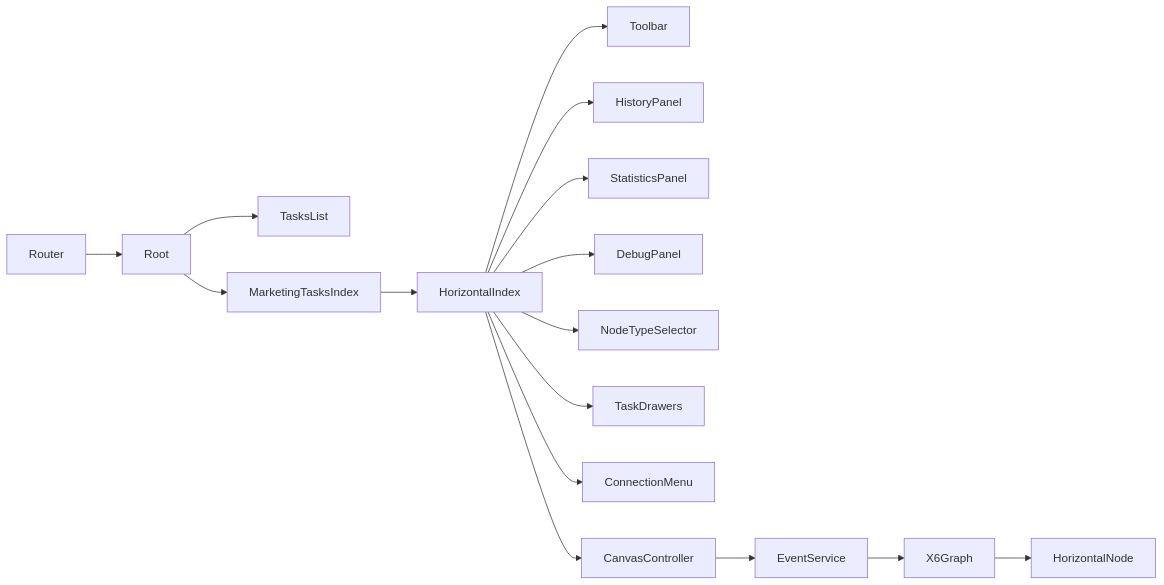
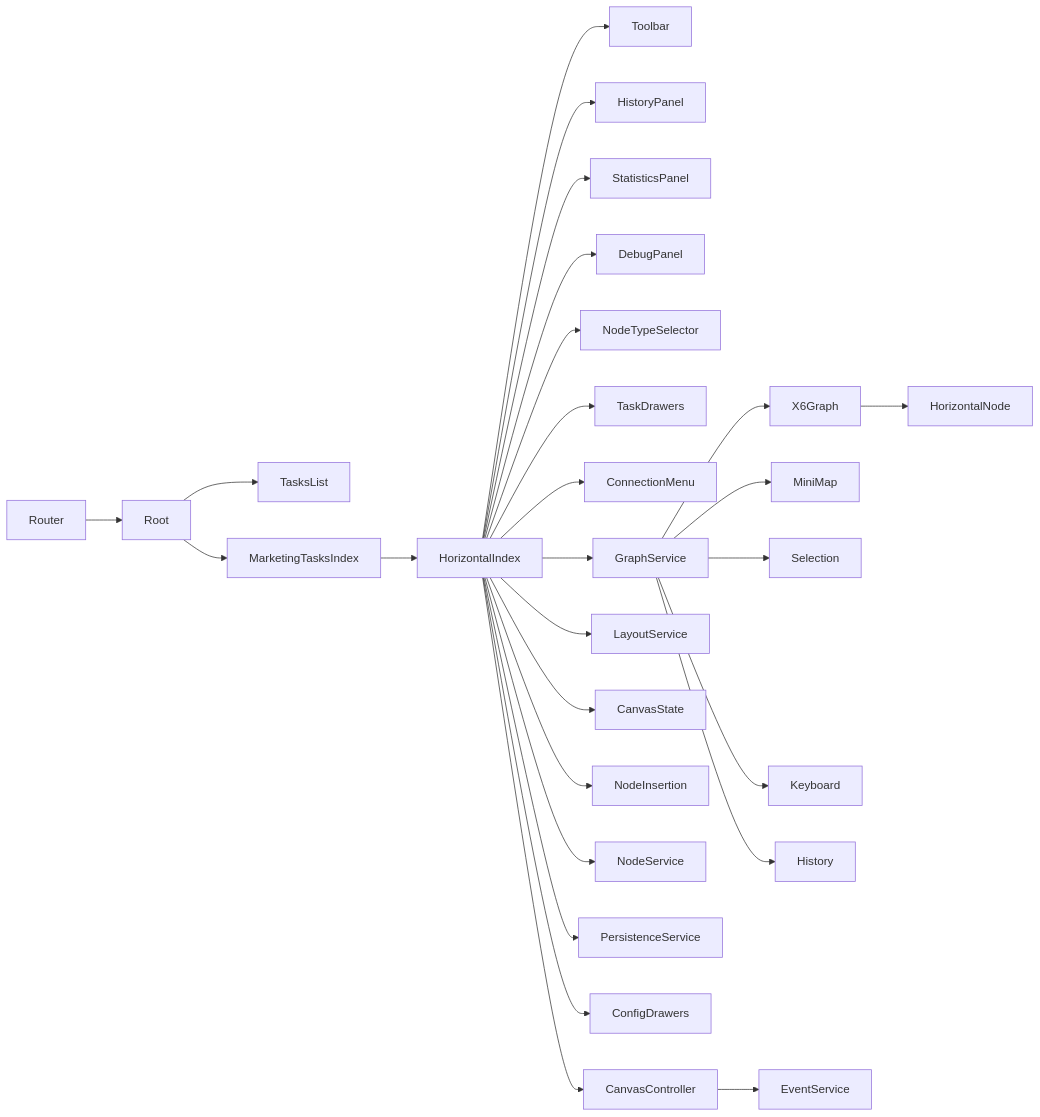
Before and after one commit to wenbo0527/data_community: the diagram in apps/horizontal-canvas/docs/architecture.md, drawn with Mermaid. The commit also changed other lines of this file and 193 other files, not shown here.

````diff
--- a/apps/horizontal-canvas/docs/architecture.md
+++ b/apps/horizontal-canvas/docs/architecture.md
@@ -36,21 +49,32 @@
 ```mermaid
 graph LR
   Router --> Root
   Root --> TasksList
   Root --> MarketingTasksIndex
   MarketingTasksIndex --> HorizontalIndex
 
   HorizontalIndex --> Toolbar
   HorizontalIndex --> HistoryPanel
   HorizontalIndex --> StatisticsPanel
   HorizontalIndex --> DebugPanel
   HorizontalIndex --> NodeTypeSelector
   HorizontalIndex --> TaskDrawers
   HorizontalIndex --> ConnectionMenu
 
+  HorizontalIndex --> GraphService
+  GraphService --> X6Graph
+  GraphService --> MiniMap
+  GraphService --> Selection
+  GraphService --> Keyboard
+  GraphService --> History
+  HorizontalIndex --> LayoutService
+  HorizontalIndex --> CanvasState
+  HorizontalIndex --> NodeInsertion
+  HorizontalIndex --> NodeService
+  HorizontalIndex --> PersistenceService
+  HorizontalIndex --> ConfigDrawers
   HorizontalIndex --> CanvasController
   CanvasController --> EventService
-  EventService --> X6Graph
   X6Graph --> HorizontalNode
 
 ```
````
